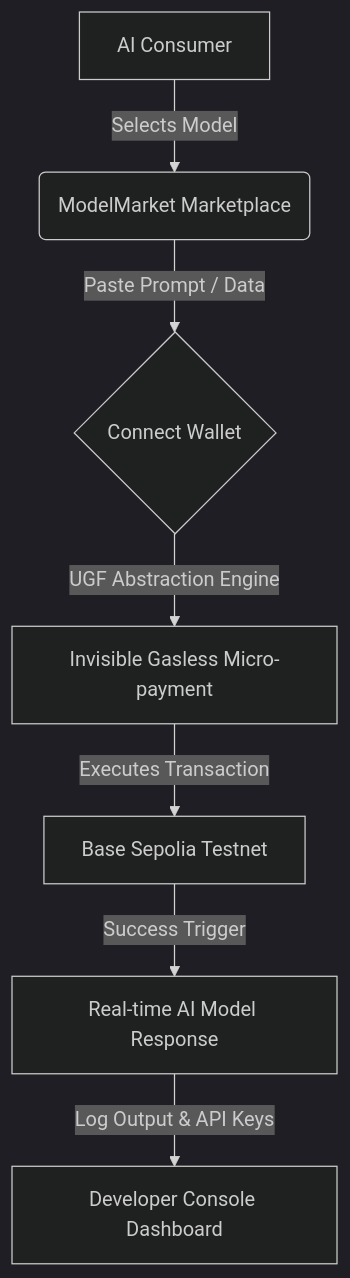
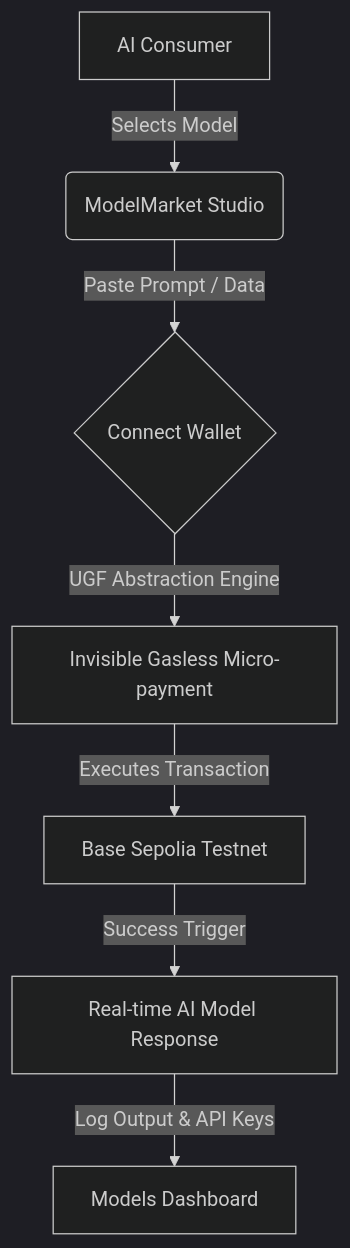
One commit to Mhatreyash/ModelMarket changed the diagram in README.md. Above: the diagram before and after it, drawn with Mermaid (dark theme). The commit also changed other lines of this file and 2 other files, not shown here.

Commit message:
docs: update branding terms and correct navigation scroll targets

````diff
--- a/README.md
+++ b/README.md
@@ -74,9 +74,9 @@
 ```mermaid
 graph TD
-    A[AI Consumer] -->|Selects Model| B(ModelMarket Marketplace)
+    A[AI Consumer] -->|Selects Model| B(ModelMarket Studio)
     B -->|Paste Prompt / Data| C{Connect Wallet}
     C -->|UGF Abstraction Engine| D[Invisible Gasless Micro-payment]
     D -->|Executes Transaction| E[Base Sepolia Testnet]
     E -->|Success Trigger| F[Real-time AI Model Response]
-    F -->|Log Output & API Keys| G[Developer Console Dashboard]
+    F -->|Log Output & API Keys| G[Models Dashboard]
 ```
````
